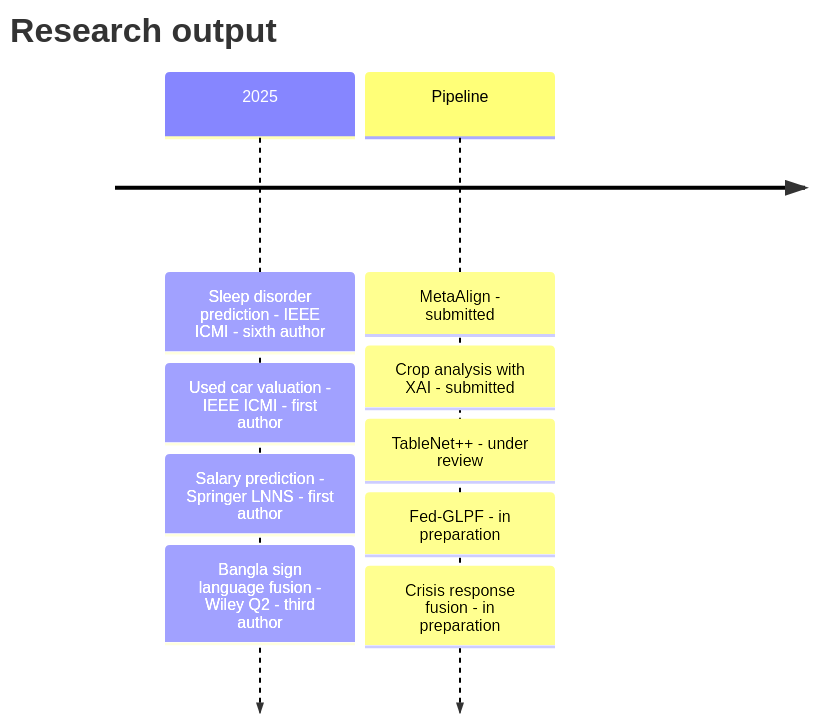
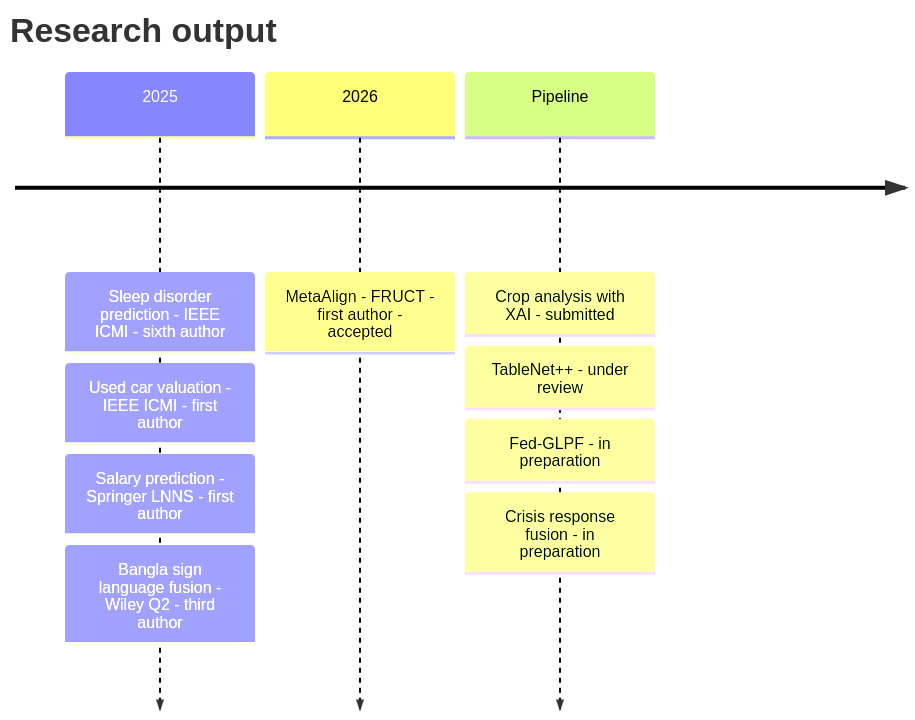
The third of 7 diagrams in README.md (almahmudpias/almahmudpias), drawn with Mermaid before and after one commit. The commit also changed other lines of this file, not shown here.

````diff
--- a/README.md
+++ b/README.md
@@ -160,13 +160,13 @@
 ```mermaid
 timeline
     title Research output
     2025 : Sleep disorder prediction - IEEE ICMI - sixth author
          : Used car valuation - IEEE ICMI - first author
          : Salary prediction - Springer LNNS - first author
          : Bangla sign language fusion - Wiley Q2 - third author
-    Pipeline : MetaAlign - submitted
-             : Crop analysis with XAI - submitted
+    2026 : MetaAlign - FRUCT - first author - accepted
+    Pipeline : Crop analysis with XAI - submitted
              : TableNet++ - under review
              : Fed-GLPF - in preparation
              : Crisis response fusion - in preparation
 ```
````
